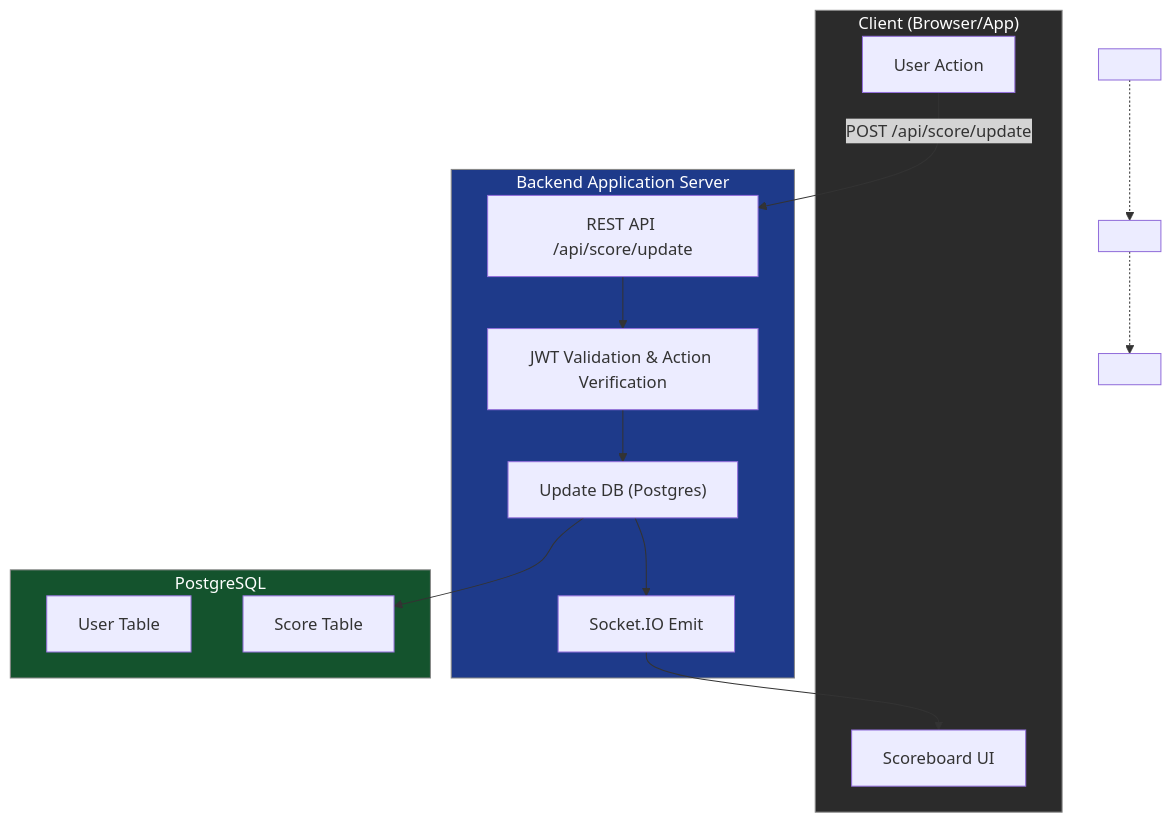
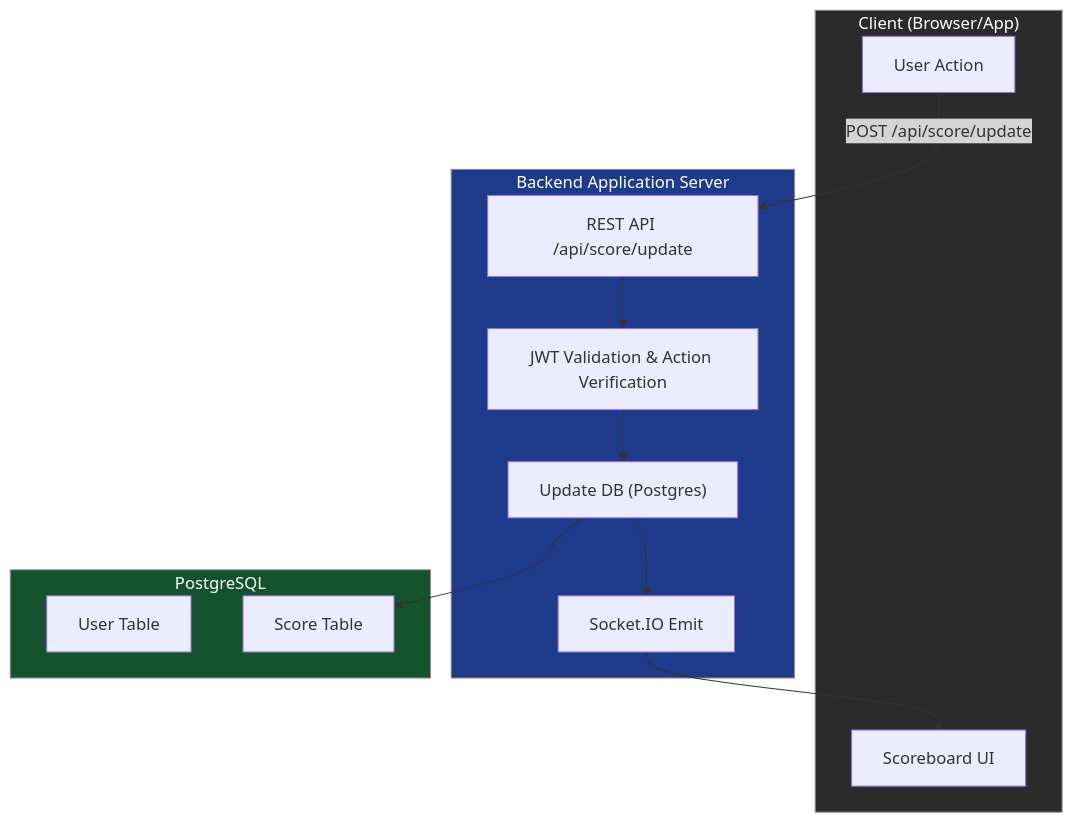
Before and after one commit to lvhoanthanh/react-login: the diagram in backend/readme.md, drawn with Mermaid.

````diff
--- a/backend/readme.md
+++ b/backend/readme.md
@@ -185,35 +185,29 @@
 ```mermaid
 flowchart TB
 
-    %% Dummy để giữ layout 3 cột
-    C0[ ] -.-> B0[ ] -.-> D0[ ]
-
-    %% Cột 1: Client
     subgraph Client["Client (Browser/App)"]
         A1["User Action"]
         A2["Scoreboard UI"]
     end
     style Client fill:#2b2b2b,stroke:#888,color:#fff
 
-    %% Cột 2: Backend
     subgraph Backend["Backend Application Server"]
         B1["REST API /api/score/update"]
         B2["JWT Validation & Action Verification"]
         B3["Update DB (Postgres)"]
         B4["Socket.IO Emit"]
     end
     style Backend fill:#1e3a8a,stroke:#888,color:#fff
 
-    %% Cột 3: Database
     subgraph DB["PostgreSQL"]
         D1["User Table"]
         D2["Score Table"]
     end
     style DB fill:#14532d,stroke:#888,color:#fff
 
     %% Flow
     A1 -->|POST /api/score/update| B1
     B1 --> B2 --> B3 --> D2
     B3 --> B4 --> A2
 
 ```
````
